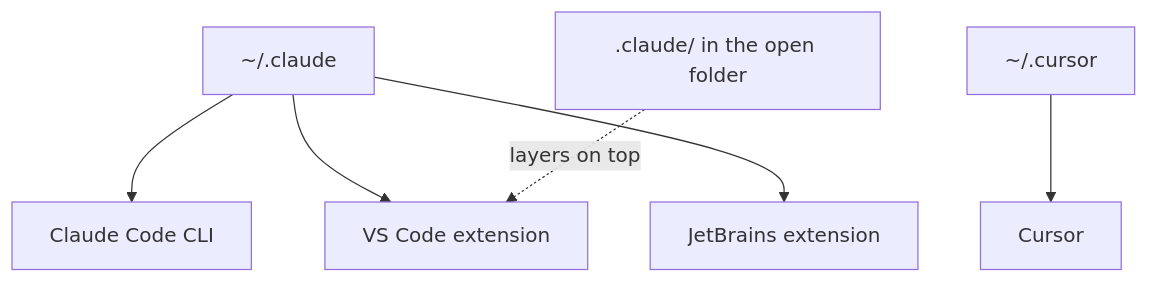
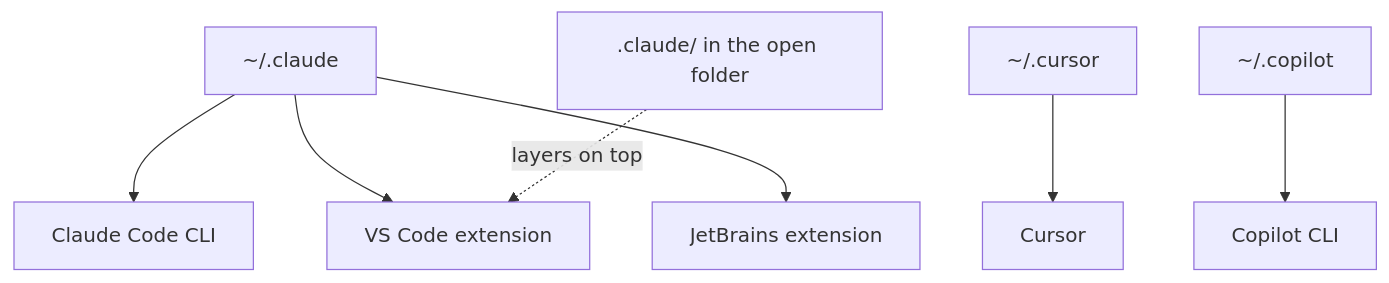
One commit to ozanozcan/ai-wow changed the ninth of 11 diagrams in HOW-TO-USE.agent.md. Above: the diagram before and after it, drawn with Mermaid. The commit also changed other lines of this file and 5 other files, not shown here.

````diff
--- a/HOW-TO-USE.agent.md
+++ b/HOW-TO-USE.agent.md
@@ -300,8 +322,9 @@
 ```mermaid
 flowchart TD
   H["~/.claude"] --> CLI["Claude Code CLI"]
   H --> VSC["VS Code extension"]
   H --> JB["JetBrains extension"]
   CUR["~/.cursor"] --> C["Cursor"]
+  CO["~/.copilot"] --> CP["Copilot CLI"]
   P[".claude/ in the open folder"] -.->|"layers on top"| VSC
 ```
````
